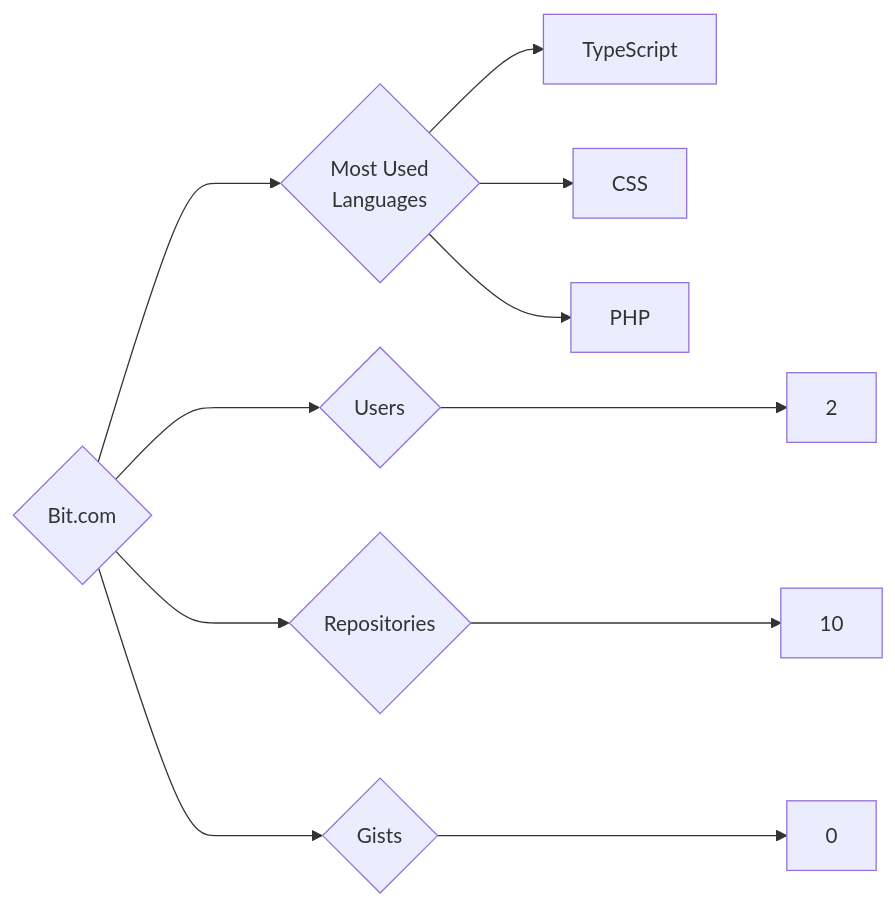
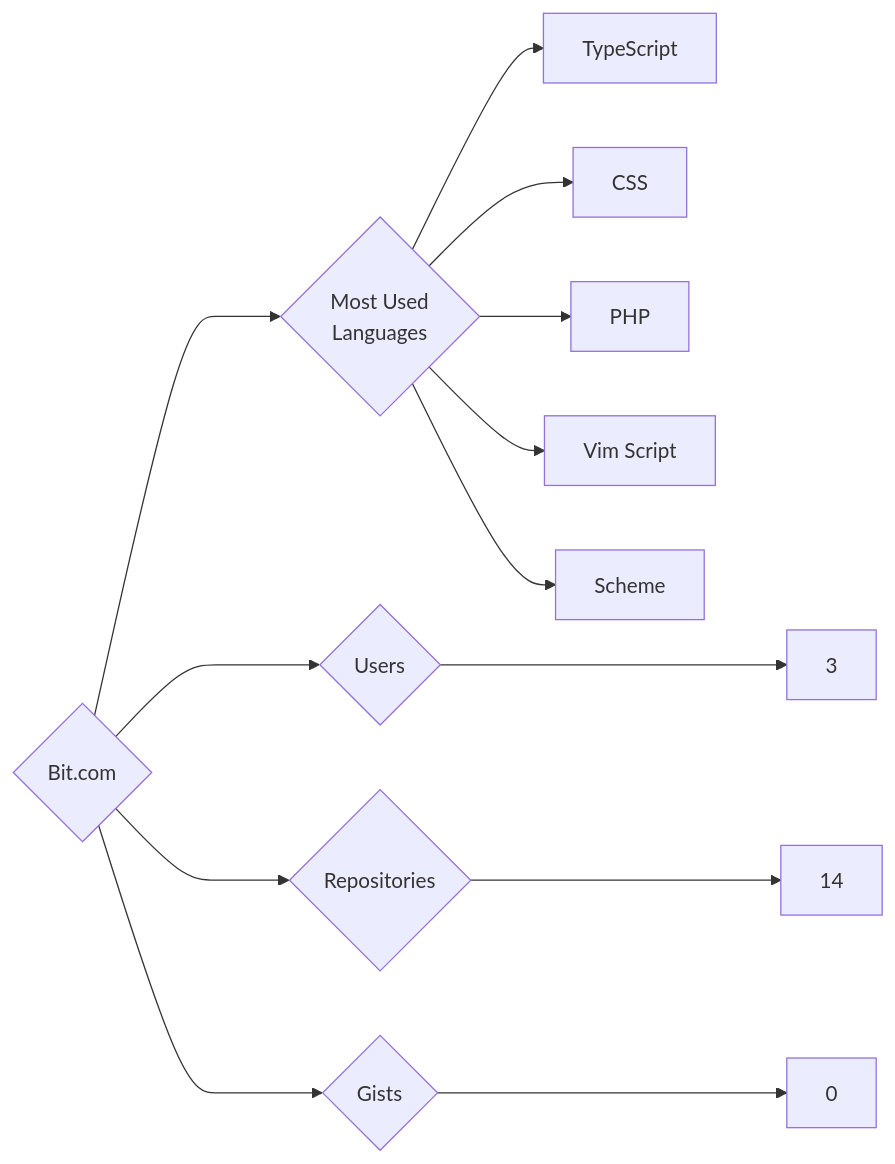
The diagram in targets/Bit.com/README.md (trickest/insiders), drawn with Mermaid before and after one commit. The commit also changed 934 other files, not shown here.

````diff
--- a/targets/Bit.com/README.md
+++ b/targets/Bit.com/README.md
@@ -3,11 +3,13 @@
 ```mermaid
 graph LR
 COMPANY_NAME{Bit.com}
-COMPANY_NAME ---> U{Users} ---> UN[2]
-COMPANY_NAME ---> R{Repositories} ---> RN[10]
+COMPANY_NAME ---> U{Users} ---> UN[3]
+COMPANY_NAME ---> R{Repositories} ---> RN[14]
 COMPANY_NAME ---> G{Gists} ---> GN[0]
 COMPANY_NAME ---> ML{Most Used<br>Languages}
 ML --> TypeScript[TypeScript]
 ML --> CSS[CSS]
 ML --> PHP[PHP]
+ML --> Vim_Script[Vim Script]
+ML --> Scheme[Scheme]
 ```
````
